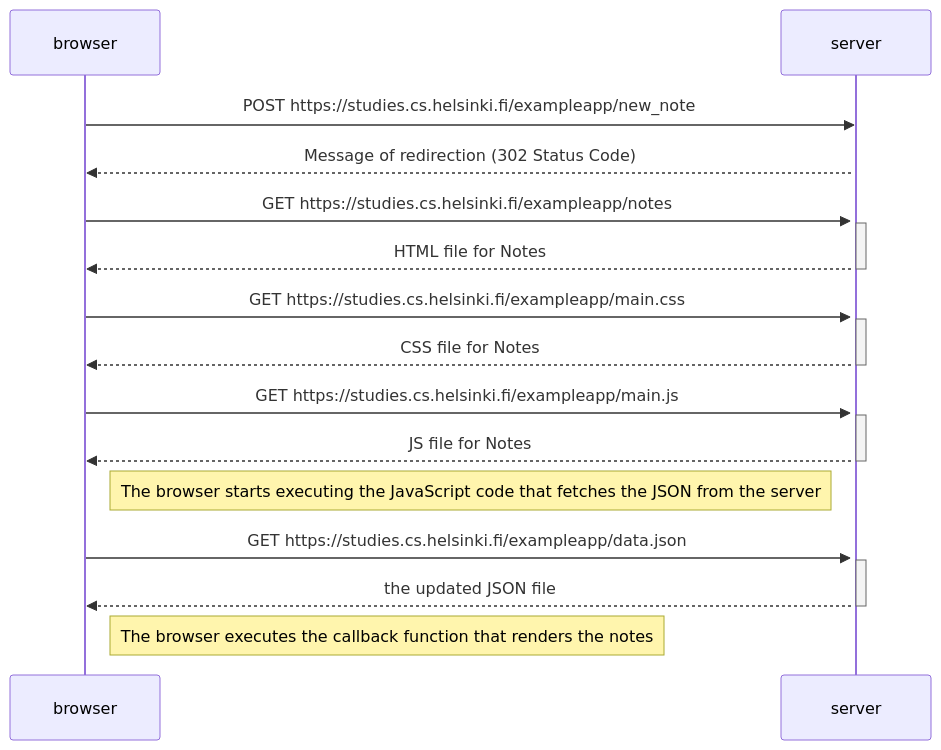
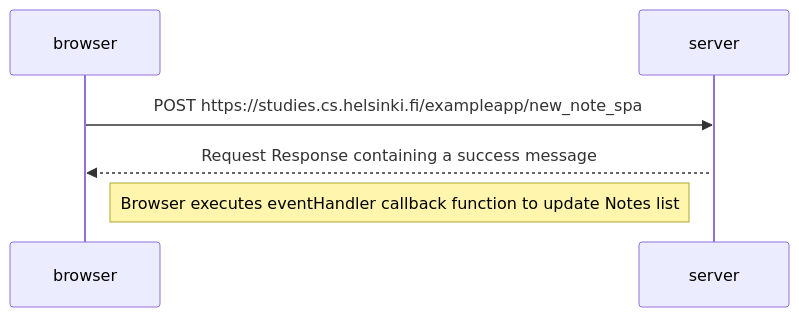
One commit to YevaGalstyan/full-stack-open changed the diagram in part_0/new_note_diagram.md. Above: the diagram before and after it, drawn with Mermaid. The commit also changed 1 other file, not shown here.

Commit message:
Exercise 06: SPA add new note diagram using Mermaid

````diff
--- a/part_0/new_note_diagram.md
+++ b/part_0/new_note_diagram.md
@@ -1,35 +1,12 @@
 ```mermaid
 sequenceDiagram
     participant browser
     participant server
 
-    browser->>server: POST https://studies.cs.helsinki.fi/exampleapp/new_note
+    browser->>server: POST https://studies.cs.helsinki.fi/exampleapp/new_note_spa
     
     activate server
-    server-->>browser: Message of redirection (302 Status Code)
+    server-->>browser: Request Response containing a success message
 
-    browser->>server: GET https://studies.cs.helsinki.fi/exampleapp/notes
-    
-    activate server
-    server-->>browser: HTML file for Notes
-    deactivate server
-
-    browser->>server: GET https://studies.cs.helsinki.fi/exampleapp/main.css
-    activate server
-    server-->>browser: CSS file for Notes
-    deactivate server
-
-    browser->>server: GET https://studies.cs.helsinki.fi/exampleapp/main.js
-    activate server
-    server-->>browser: JS file for Notes
-    deactivate server
-
-    Note right of browser: The browser starts executing the JavaScript code that fetches the JSON from the server
-
-    browser->>server: GET https://studies.cs.helsinki.fi/exampleapp/data.json
-    activate server
-    server-->>browser: the updated JSON file
-    deactivate server
-
-    Note right of browser: The browser executes the callback function that renders the notes
+    Note right of browser: Browser executes eventHandler callback function to update Notes list
 ```
````
